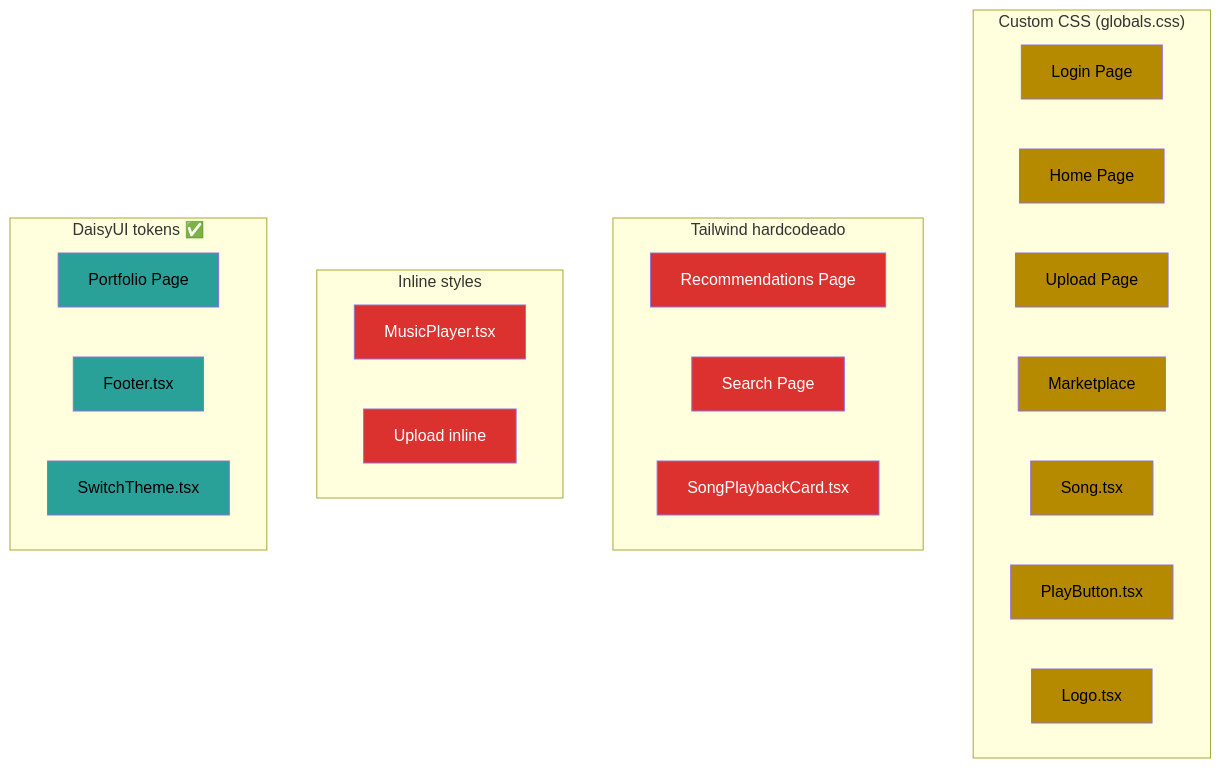
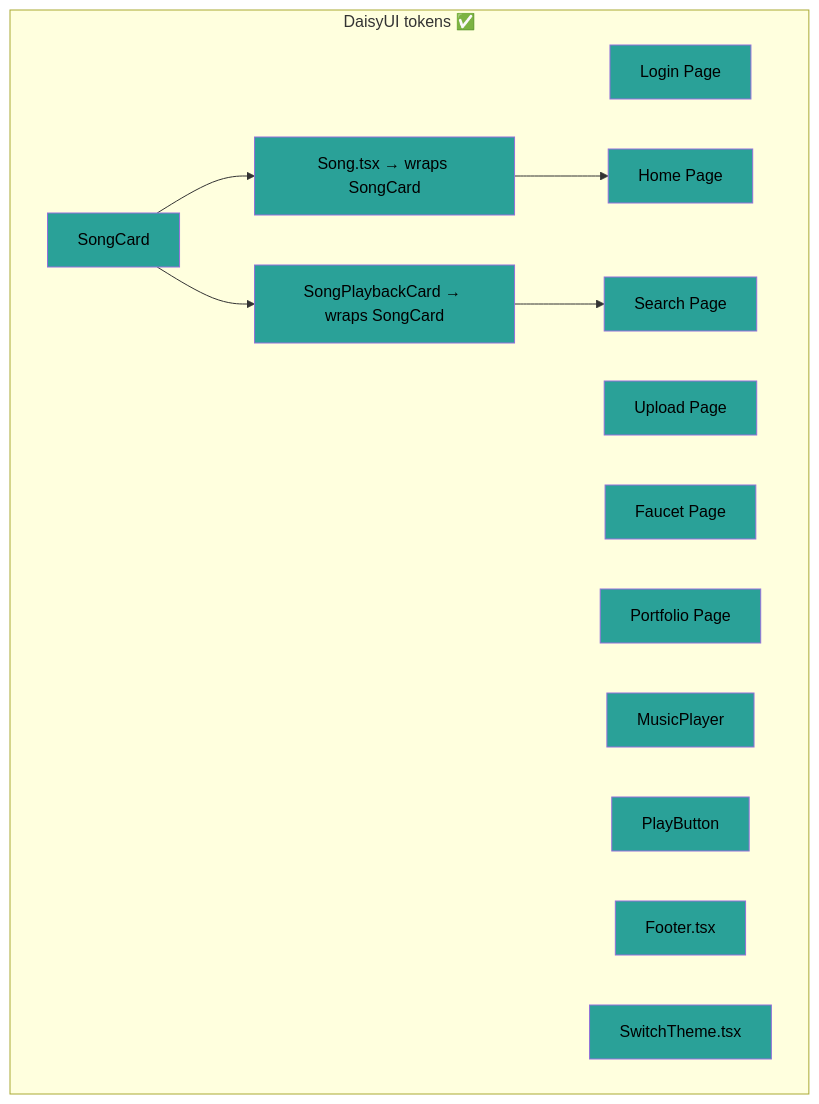
The diagram in docs/UX_IMPROVEMENTS.md (wave3org/wave3), drawn with Mermaid before and after one commit. The commit also changed other lines of this file, not shown here.

````diff
--- a/docs/UX_IMPROVEMENTS.md
+++ b/docs/UX_IMPROVEMENTS.md
@@ -15,45 +134,37 @@
 ```mermaid
 graph TD
-    subgraph "Custom CSS (globals.css)"
+    subgraph "DaisyUI tokens ✅"
         Login[Login Page]
         Home[Home Page]
+        Search[Search Page]
         Upload[Upload Page]
-        Marketplace[Marketplace]
-        Song[Song.tsx]
-        PlayBtn[PlayButton.tsx]
-        Logo[Logo.tsx]
-    end
-
-    subgraph "Tailwind hardcodeado"
-        Recs[Recommendations Page]
-        Search[Search Page]
-        SPC[SongPlaybackCard.tsx]
-    end
-
-    subgraph "Inline styles"
-        MP[MusicPlayer.tsx]
-        UploadInline[Upload inline]
-    end
-
-    subgraph "DaisyUI tokens ✅"
+        Faucet[Faucet Page]
         Portfolio[Portfolio Page]
+        MP[MusicPlayer]
+        SC[SongCard]
+        Song[Song.tsx → wraps SongCard]
+        SPC[SongPlaybackCard → wraps SongCard]
+        PlayBtn[PlayButton]
         Footer[Footer.tsx]
         Theme[SwitchTheme.tsx]
     end
 
-    style Login fill:#b58900,color:#000
-    style Home fill:#b58900,color:#000
-    style Upload fill:#b58900,color:#000
-    style Marketplace fill:#b58900,color:#000
-    style Song fill:#b58900,color:#000
-    style PlayBtn fill:#b58900,color:#000
-    style Logo fill:#b58900,color:#000
-    style Recs fill:#dc322f,color:#fff
-    style Search fill:#dc322f,color:#fff
-    style SPC fill:#dc322f,color:#fff
-    style MP fill:#dc322f,color:#fff
-    style UploadInline fill:#dc322f,color:#fff
+    SC --> Song
+    SC --> SPC
+    Song --> Home
+    SPC --> Search
+
+    style Login fill:#2aa198,color:#000
+    style Home fill:#2aa198,color:#000
+    style Search fill:#2aa198,color:#000
+    style Upload fill:#2aa198,color:#000
+    style Faucet fill:#2aa198,color:#000
     style Portfolio fill:#2aa198,color:#000
+    style MP fill:#2aa198,color:#000
+    style SC fill:#2aa198,color:#000
+    style Song fill:#2aa198,color:#000
+    style SPC fill:#2aa198,color:#000
+    style PlayBtn fill:#2aa198,color:#000
     style Footer fill:#2aa198,color:#000
     style Theme fill:#2aa198,color:#000
 ```
````
